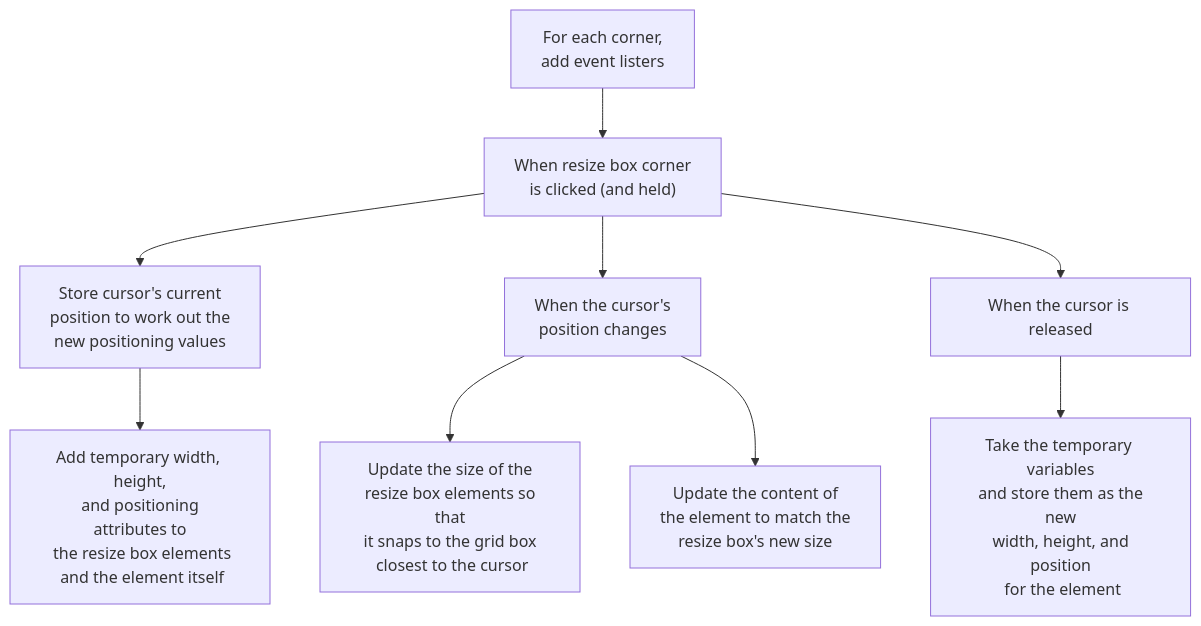
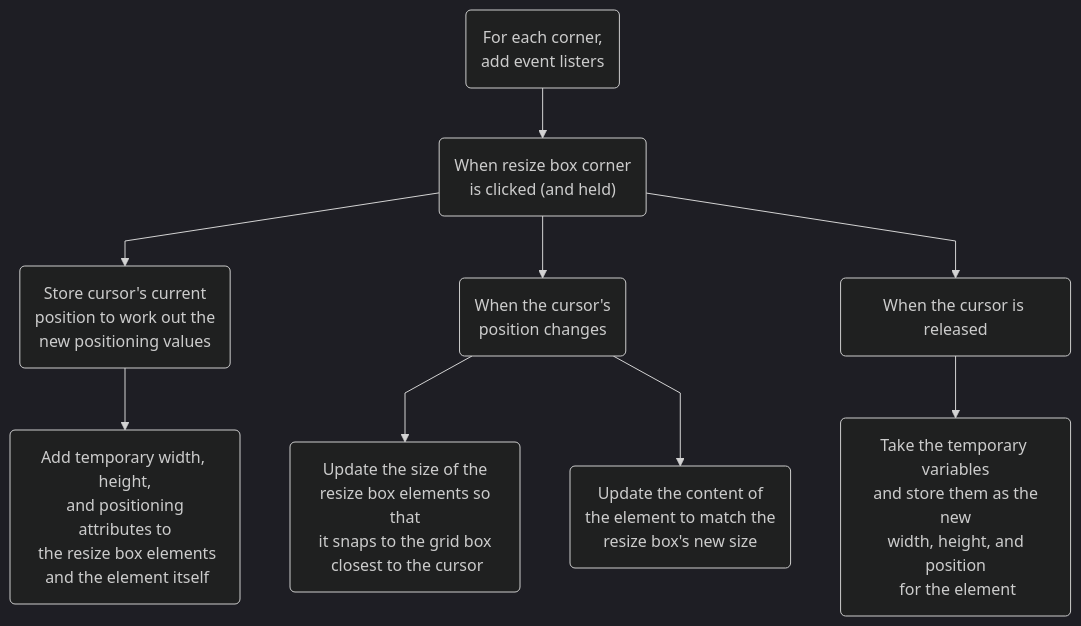
One commit to tomgxz/Kraken changed the sixth of 14 diagrams in README.md. Above: the diagram before and after it, drawn with Mermaid. The commit also changed other lines of this file, not shown here.

Commit message:
Mermaid Formatting

````diff
--- a/README.md
+++ b/README.md
@@ -464,11 +467,9 @@
 ```mermaid
+%%{init: {'theme':'dark', 'flowchart': {'curve': 'linear'},'themeVariables':{'fontFamily':'Lexend,Noto Sans,Helvetica,Arial'}}}%%
+
 graph TD
-  C["For each corner,\n add event listers"] --> E["When resize box corner\nis clicked (and held)"]
-  E --> F["Store cursor's current\n position to work out the\n new positioning values"]
-  F --> G["Add temporary width, height,\n and positioning attributes to\n the resize box elements\n and the element itself"]
-  E --> H["When the cursor's\n position changes"]
-  H --> I["Update the size of the\n resize box elements so that\nit snaps to the grid box\n closest to the cursor"]
-  H --> J["Update the content of\n the element to match the\n resize box's new size"]
-  E --> K["When the cursor is released"]
-  K --> L["Take the temporary variables\n and store them as the new\n width, height, and position\n for the element"]
+  C("For each corner,\n add event listers") --> E("When resize box corner\nis clicked (and held)") --> F("Store cursor's current\n position to work out the\n new positioning values") & H("When the cursor's\n position changes") & K("When the cursor is released")
+  F --> G("Add temporary width, height,\n and positioning attributes to\n the resize box elements\n and the element itself")
+  H --> I("Update the size of the\n resize box elements so that\nit snaps to the grid box\n closest to the cursor") & J("Update the content of\n the element to match the\n resize box's new size")
+  K --> L("Take the temporary variables\n and store them as the new\n width, height, and position\n for the element")
 ```
````
